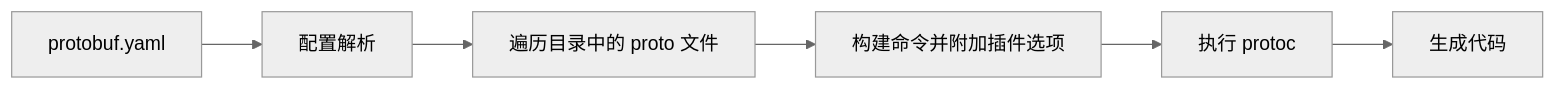
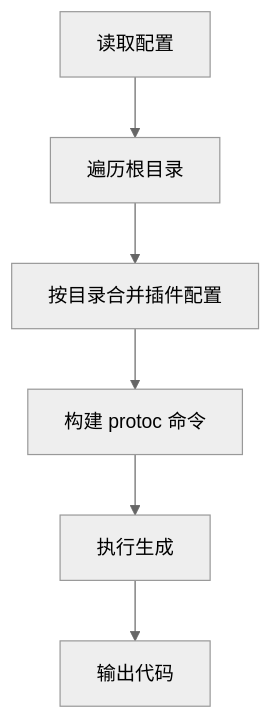
One commit to pubgo/protobuild changed the third of 5 diagrams in docs/DESIGN.md. Above: the diagram before and after it, drawn with Mermaid (neutral theme). The commit also changed other lines of this file and 9 other files, not shown here.

````diff
--- a/docs/DESIGN.md
+++ b/docs/DESIGN.md
@@ -102,8 +54,8 @@
 ```mermaid
-flowchart LR
-  G1[protobuf.yaml] --> G2[配置解析]
-  G2 --> G3[遍历目录中的 proto 文件]
-  G3 --> G4[构建命令并附加插件选项]
-  G4 --> G5[执行 protoc]
-  G5 --> G6[生成代码]
+flowchart TD
+  A[读取配置] --> B[遍历根目录]
+  B --> C[按目录合并插件配置]
+  C --> D[构建 protoc 命令]
+  D --> E[执行生成]
+  E --> F[输出代码]
 ```
````
